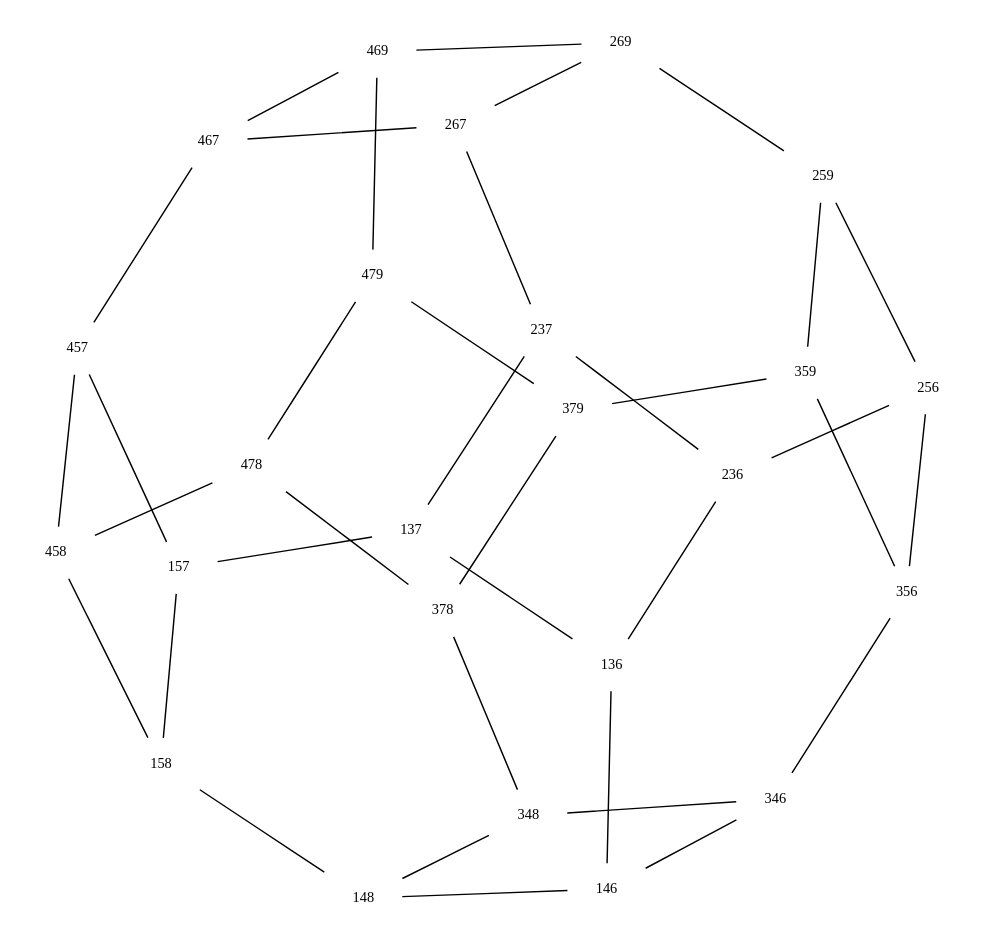
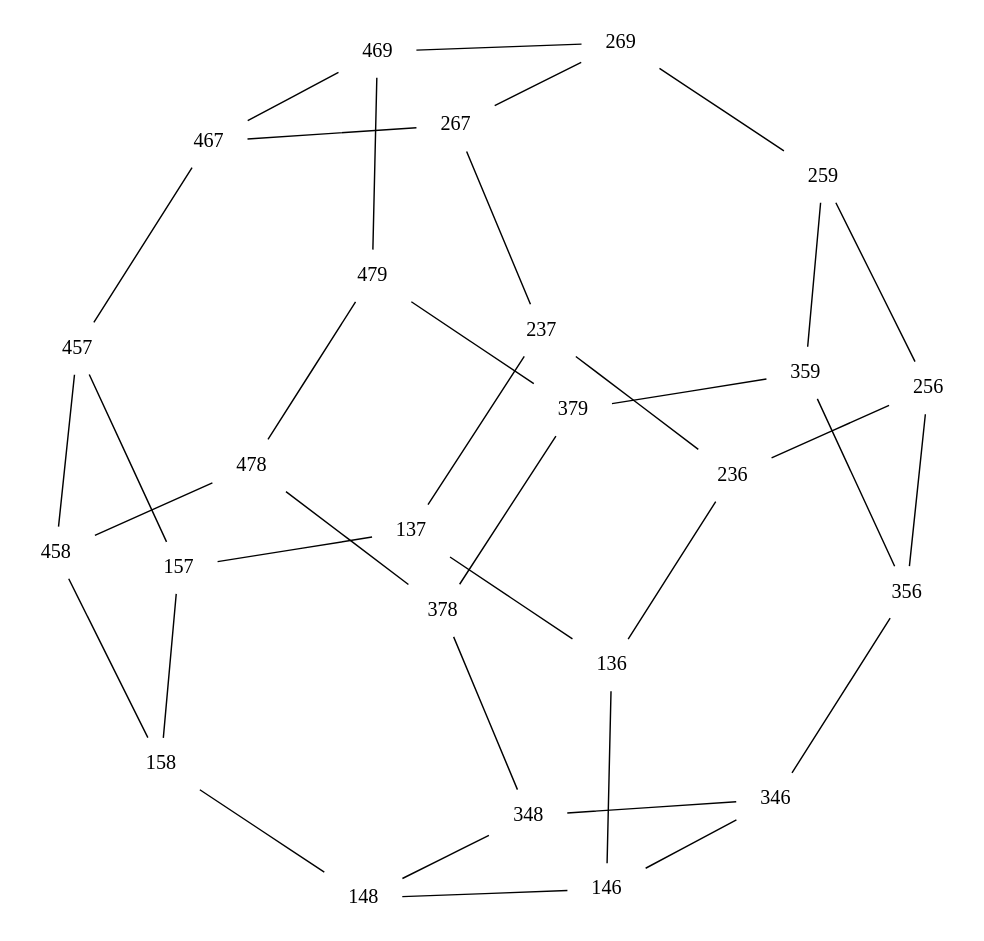
Before and after one commit to rd--/hmt: the diagram in data/dot/tj/oh/tj_oh_p148.5.dot, drawn with Graphviz. The commit also changed 34 other files, not shown here.

```diff
--- a/data/dot/tj/oh/tj_oh_p148.5.dot
+++ b/data/dot/tj/oh/tj_oh_p148.5.dot
@@ -1,66 +1,66 @@
 graph
  g {
-edge [len=1.75];
-graph [layout=neato,epsilon=0.000001];
-node [shape=plaintext,fontsize=10,fontname="century schoolbook"];
-0 [label="136"];
-1 [label="137"];
-2 [label="146"];
-3 [label="236"];
-4 [label="157"];
-5 [label="237"];
-6 [label="148"];
-7 [label="346"];
-8 [label="158"];
-9 [label="348"];
-10 [label="457"];
-11 [label="458"];
-12 [label="256"];
-13 [label="267"];
-14 [label="259"];
-15 [label="356"];
-16 [label="269"];
-17 [label="359"];
-18 [label="467"];
-19 [label="469"];
-20 [label="378"];
-21 [label="379"];
-22 [label="478"];
-23 [label="479"];
+edge [len=1.75]
+graph [layout=neato,epsilon=0.000001,fontsize=10,fontname="century schoolbook"]
+node [shape=plaintext]
+0 [label=136];
+1 [label=137];
+2 [label=146];
+3 [label=236];
+4 [label=157];
+5 [label=237];
+6 [label=148];
+7 [label=346];
+8 [label=158];
+9 [label=348];
+10 [label=457];
+11 [label=458];
+12 [label=256];
+13 [label=267];
+14 [label=259];
+15 [label=356];
+16 [label=269];
+17 [label=359];
+18 [label=467];
+19 [label=469];
+20 [label=378];
+21 [label=379];
+22 [label=478];
+23 [label=479];
 0 -- 1;
 0 -- 2;
 0 -- 3;
 1 -- 4;
 1 -- 5;
 2 -- 6;
 2 -- 7;
 3 -- 5;
 3 -- 12;
 4 -- 8;
 4 -- 10;
 5 -- 13;
 6 -- 8;
 6 -- 9;
 7 -- 9;
 7 -- 15;
 8 -- 11;
 9 -- 20;
 10 -- 11;
 10 -- 18;
 11 -- 22;
 12 -- 14;
 12 -- 15;
 13 -- 16;
 13 -- 18;
 14 -- 16;
 14 -- 17;
 15 -- 17;
 16 -- 19;
 17 -- 21;
 18 -- 19;
 19 -- 23;
 20 -- 21;
 20 -- 22;
 21 -- 23;
 22 -- 23;
 }
```
